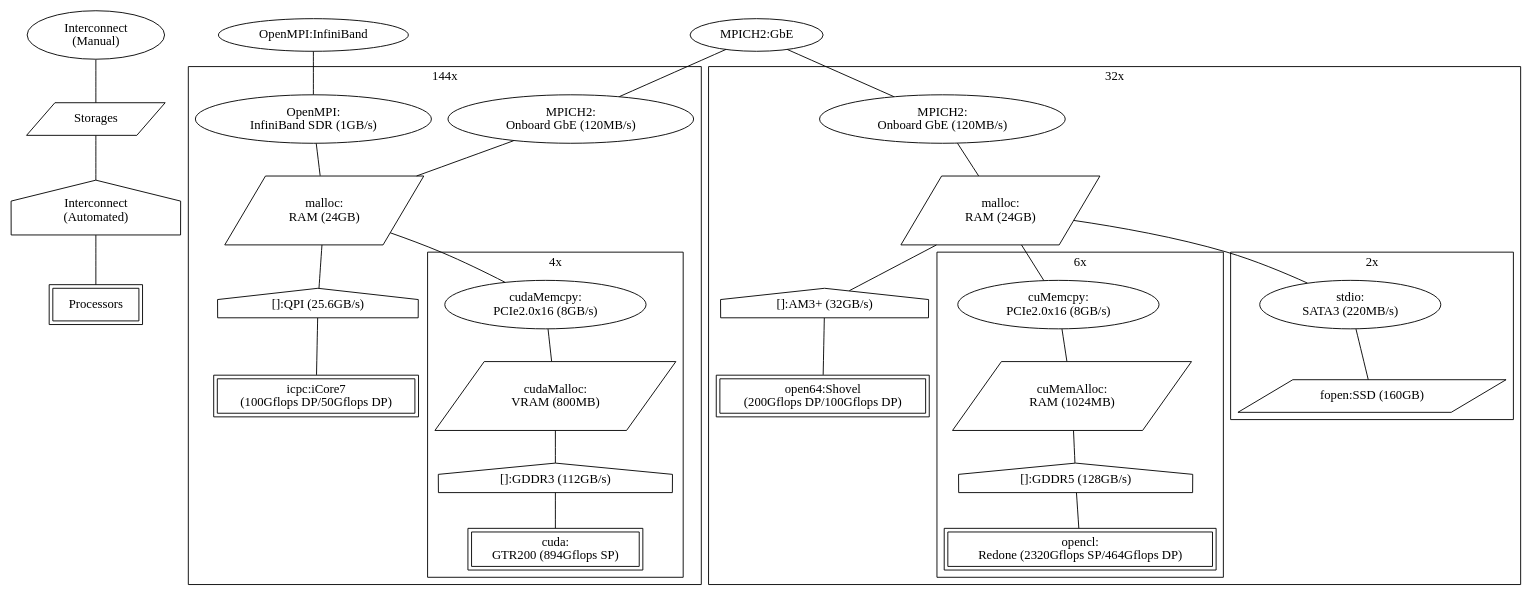
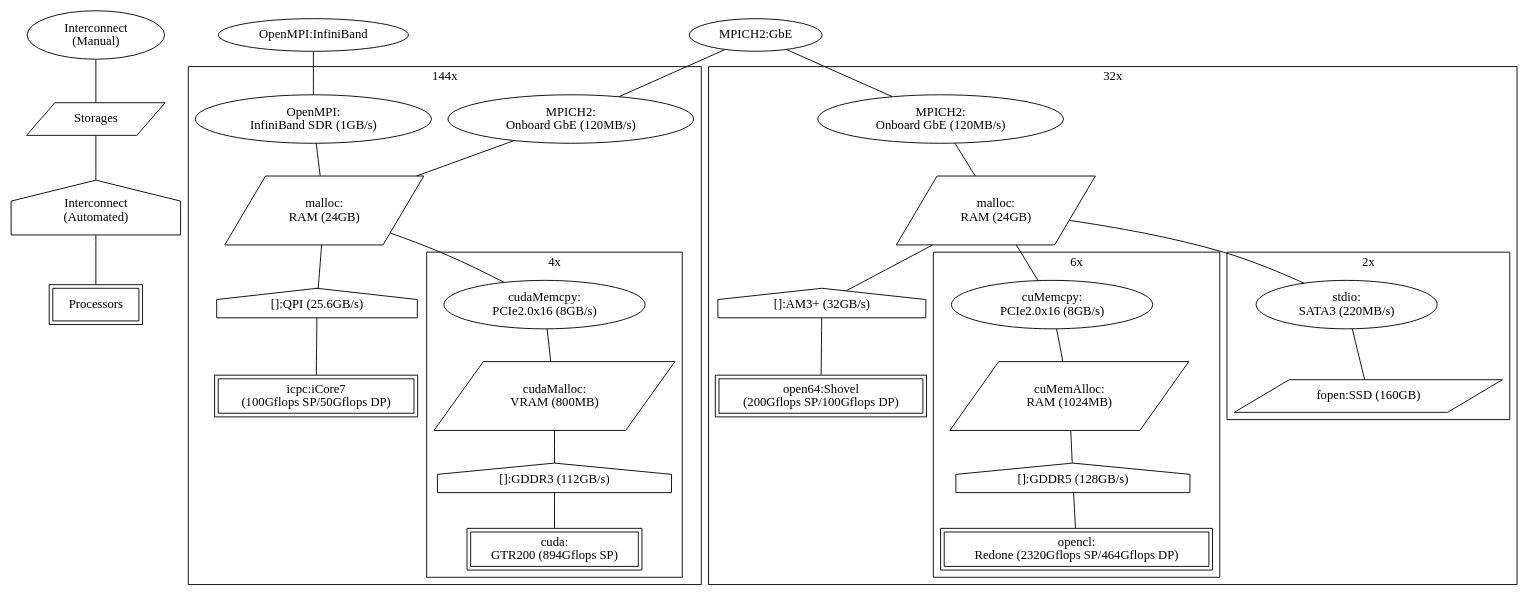
The diagram in attic/Hardware/hardware_graph_sample.dot (nushio3/Paraiso), drawn with Graphviz before and after one commit.

Commit message:
hardware graph typo fix

```diff
--- a/attic/Hardware/hardware_graph_sample.dot
+++ b/attic/Hardware/hardware_graph_sample.dot
@@ -1,71 +1,71 @@
 graph sample {
   Interconnects [label = "Interconnect\n(Manual)"];
   Storages [shape = parallelogram];
   Interconnects2[shape = house, label = "Interconnect\n(Automated)"];
   Processors [shape = box, peripheries = 2];
   Interconnects--Storages--Interconnects2--Processors;
 
   net0  [ label = "OpenMPI:InfiniBand"];
   net0--net01;
 
   net1  [ label = "MPICH2:GbE"];
   net1--net011;
   net1--net111;
 
 
   subgraph cluster_nvnode {
     label = "144x";
     net01  [ label = "OpenMPI:\nInfiniBand SDR (1GB/s)"];
     net011 [ label = "MPICH2:\nOnboard GbE (120MB/s)"];
     storage01 [shape = parallelogram, label = "malloc:\nRAM (24GB)"];
     net02  [shape = house, label = "[]:QPI (25.6GB/s)"];
-    proc01 [shape = box, peripheries = 2, label = "icpc:iCore7\n(100Gflops DP/50Gflops DP)"];
+    proc01 [shape = box, peripheries = 2, label = "icpc:iCore7\n(100Gflops SP/50Gflops DP)"];
 
     net01--storage01;
     net011--storage01;
     storage01--net02--proc01;
     storage01--net03;
     subgraph cluster_gtx {
       label = "4x";
       net03 [ label = "cudaMemcpy:\nPCIe2.0x16 (8GB/s)"];
       storage03 [shape = parallelogram, label = "cudaMalloc:\nVRAM (800MB)"];
       net04 [shape = house, label = "[]:GDDR3 (112GB/s)"];
       proc02 [shape = box, peripheries = 2, label = "cuda:\nGTR200 (894Gflops SP)"];
       
       net03--storage03--net04--proc02;
     }
     
   }
 
   subgraph cluster_amdnode {
     label = "32x";
     net111 [ label = "MPICH2:\nOnboard GbE (120MB/s)"];
     storage11 [shape = parallelogram, label = "malloc:\nRAM (24GB)"];
     net12  [shape = house, label = "[]:AM3+ (32GB/s)"];
-    proc11 [shape = box, peripheries = 2, label = "open64:Shovel\n(200Gflops DP/100Gflops DP)"];
+    proc11 [shape = box, peripheries = 2, label = "open64:Shovel\n(200Gflops SP/100Gflops DP)"];
 
     net111--storage11
     storage11--net12--proc11; 
     storage11--net13;
 
 
 
     subgraph cluster_amd {
       label = "6x";
       net13 [ label = "cuMemcpy:\nPCIe2.0x16 (8GB/s)"];
       storage12 [shape = parallelogram, label = "cuMemAlloc:\nRAM (1024MB)"];
       net14 [shape = house, label = "[]:GDDR5 (128GB/s)"];
       proc12 [shape = box, peripheries = 2, label = "opencl:\nRedone (2320Gflops SP/464Gflops DP)"];
       net13--storage12--net14--proc12;
     }
 
     storage11--net15;
     subgraph cluster_raid {
       label = "2x"
       net15 [label = "stdio:\nSATA3 (220MB/s)"];
       storage14 [shape = parallelogram, label = "fopen:SSD (160GB)"];
       net15--storage14;
     }
   }
 
 }
```
